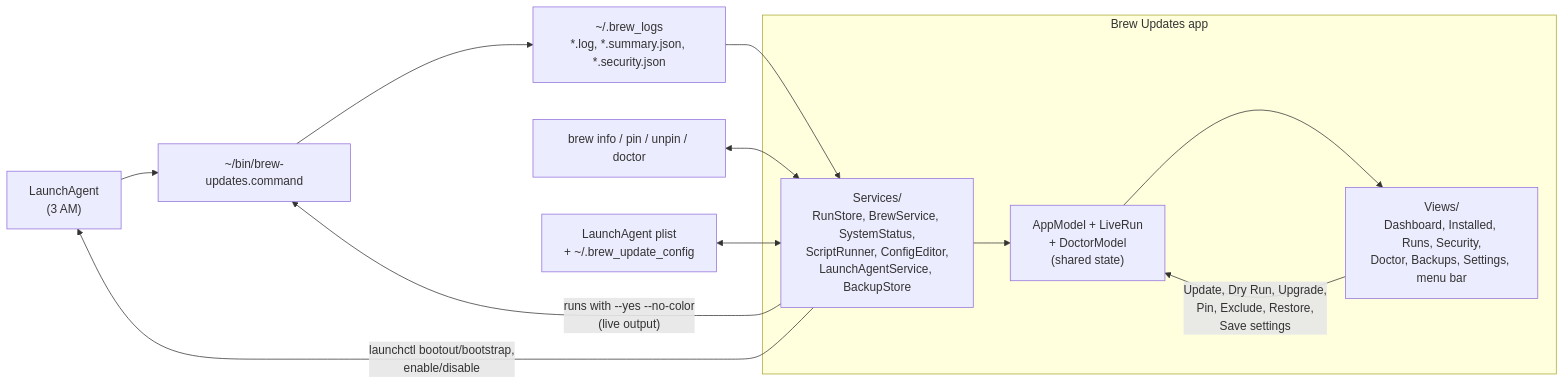
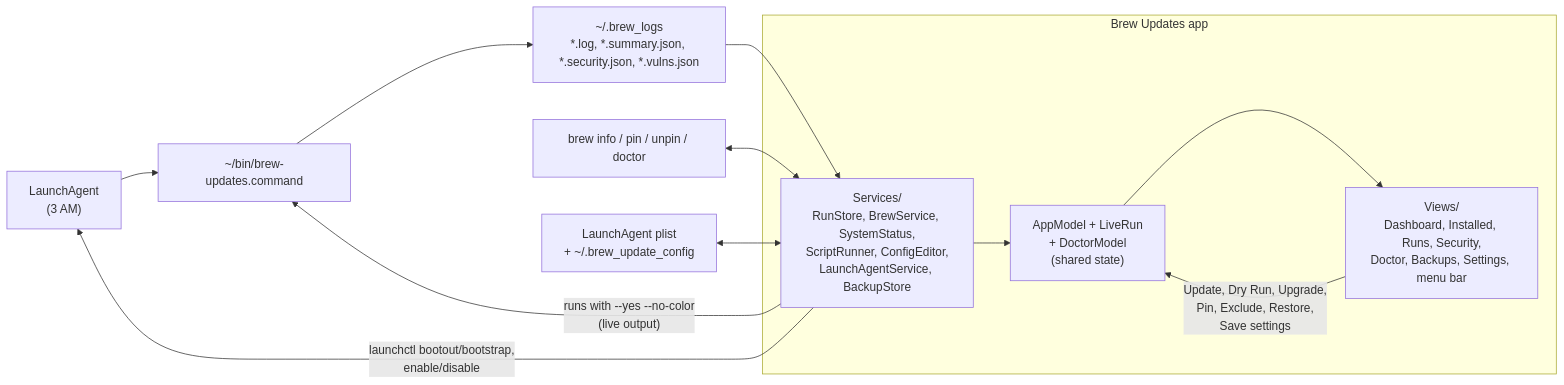
Before and after one commit to jxman/homebrew-update-assistant: the diagram in app/GUIDE.md, drawn with Mermaid. The commit also changed other lines of this file and 19 other files, not shown here.

First line of the commit message:
feat(app): show brew vulns results and deprecated packages

````diff
--- a/app/GUIDE.md
+++ b/app/GUIDE.md
@@ -20,15 +20,15 @@
 ```mermaid
 flowchart LR
     agent["LaunchAgent<br/>(3 AM)"] --> script["~/bin/brew-updates.command"]
-    script --> logs["~/.brew_logs<br/>*.log, *.summary.json, *.security.json"]
+    script --> logs["~/.brew_logs<br/>*.log, *.summary.json, *.security.json, *.vulns.json"]
     subgraph app["Brew Updates app"]
         services["Services/<br/>RunStore, BrewService, SystemStatus,<br/>ScriptRunner, ConfigEditor,<br/>LaunchAgentService, BackupStore"] --> model["AppModel + LiveRun<br/>+ DoctorModel<br/>(shared state)"]
         model --> views["Views/<br/>Dashboard, Installed, Runs, Security,<br/>Doctor, Backups, Settings, menu bar"]
         views -- "Update, Dry Run, Upgrade,<br/>Pin, Exclude, Restore,<br/>Save settings" --> model
     end
     logs --> services
     brew["brew info / pin / unpin / doctor"] <--> services
     plist["LaunchAgent plist<br/>+ ~/.brew_update_config"] <--> services
     services -- "launchctl bootout/bootstrap,<br/>enable/disable" --> agent
     services -- "runs with --yes --no-color<br/>(live output)" --> script
 ```
````
